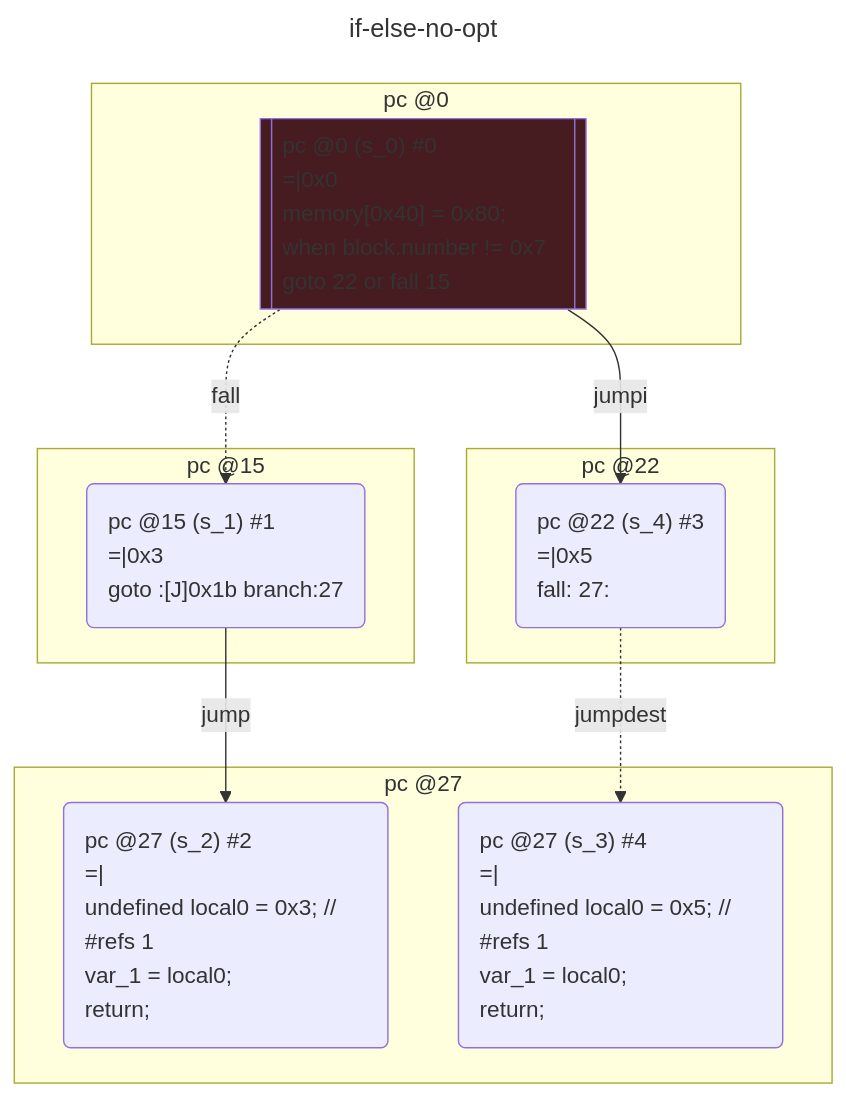
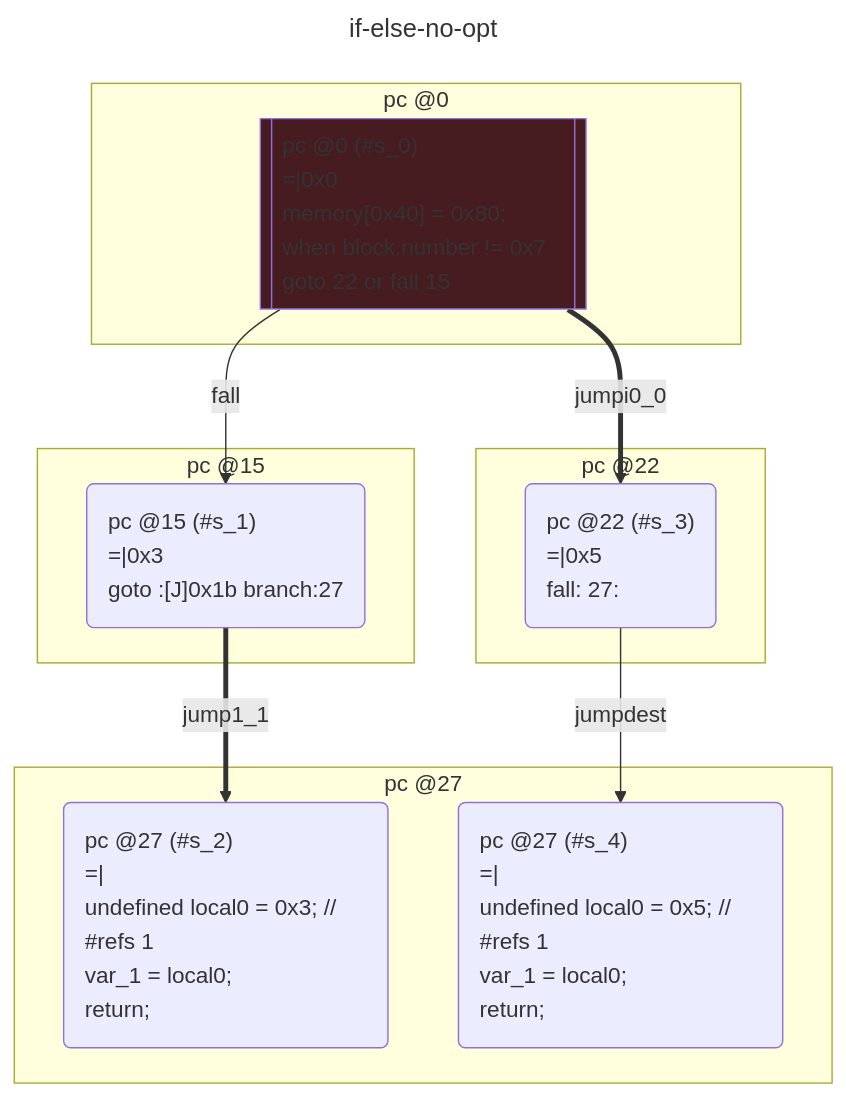
The first of 2 diagrams in test/__snapshots__/contracts/control/if-else.snap.md (acuarica/evm), drawn with Mermaid before and after one commit. The commit also changed other lines of this file and 25 other files, not shown here.

````diff
--- a/test/__snapshots__/contracts/control/if-else.snap.md
+++ b/test/__snapshots__/contracts/control/if-else.snap.md
@@ -45,51 +45,51 @@
 ```mermaid -no-opt
 ---
 title: if-else-no-opt
 ---
 flowchart TD
   classDef state text-align:left
   subgraph cluster_0 ["pc @0"]
-    s_0[["pc @0 (s_0) #0
+    s_0[["pc @0 (#s_0)
 =|0x0
 memory[0x40] = 0x80;
 when block.number != 0x7 goto 22 or fall 15
 "]]
     class s_0 state
     style s_0 fill:#471C21
   end
   subgraph cluster_15 ["pc @15"]
-    s_1("pc @15 (s_1) #1
+    s_1("pc @15 (#s_1)
 =|0x3
 goto :[J]0x1b branch:27
 ")
     class s_1 state
   end
   subgraph cluster_27 ["pc @27"]
-    s_2("pc @27 (s_2) #2
+    s_2("pc @27 (#s_2)
 =|
 undefined local0 = 0x3; // #refs 1
 var_1 = local0;
 return;
 ")
     class s_2 state
-    s_3("pc @27 (s_3) #4
+    s_4("pc @27 (#s_4)
 =|
 undefined local0 = 0x5; // #refs 1
 var_1 = local0;
 return;
 ")
-    class s_3 state
+    class s_4 state
   end
   subgraph cluster_22 ["pc @22"]
-    s_4("pc @22 (s_4) #3
+    s_3("pc @22 (#s_3)
 =|0x5
 fall: 27:
 ")
-    class s_4 state
+    class s_3 state
   end
-  s_0 -- jumpi --> s_4;
-  s_0 -. fall .-> s_1;
-  s_1 -- jump --> s_2;
-  s_4 -. jumpdest .-> s_3;
+  s_0 == jumpi0_0 ==> s_3;
+  s_0 -- fall --> s_1;
+  s_1 == jump1_1 ==> s_2;
+  s_3 -- jumpdest --> s_4;
 
 ```
````
